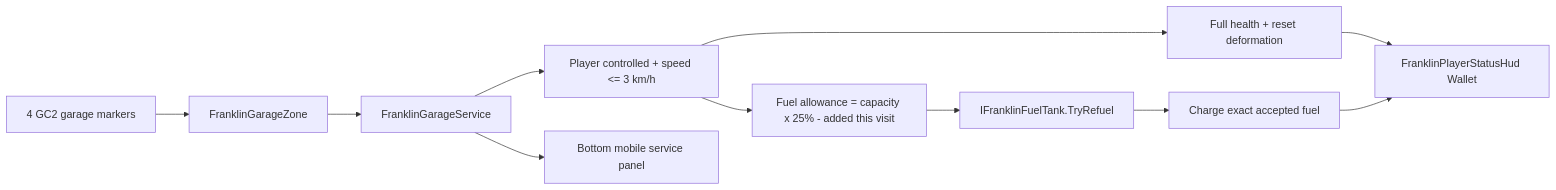
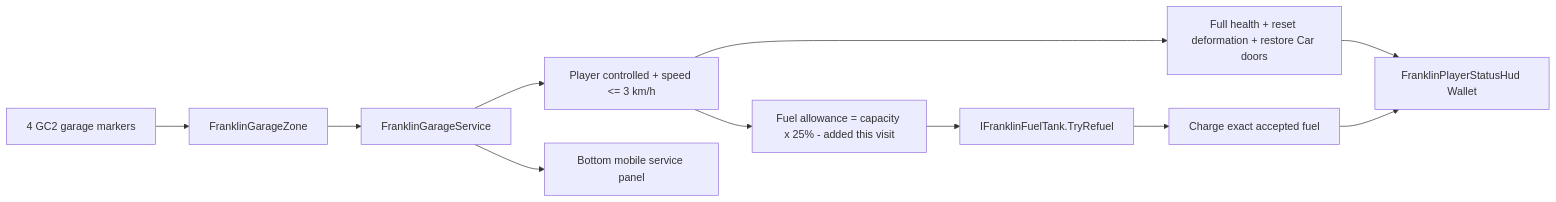
One commit to diepquocphong/AnonymousCrime changed the second of 5 diagrams in Assets/Ash Assets/Vehicle Integration/README.md. Above: the diagram before and after it, drawn with Mermaid. The commit also changed other lines of this file and 478 other files, not shown here.

````diff
--- a/Assets/Ash Assets/Vehicle Integration/README.md
+++ b/Assets/Ash Assets/Vehicle Integration/README.md
@@ -430,13 +509,13 @@
 ```mermaid
 flowchart LR
     Marker["4 GC2 garage markers"] --> Zone["FranklinGarageZone"]
     Zone --> Service["FranklinGarageService"]
     Service --> Guard["Player controlled + speed <= 3 km/h"]
-    Guard --> Repair["Full health + reset deformation"]
+    Guard --> Repair["Full health + reset deformation + restore Car doors"]
     Guard --> Allowance["Fuel allowance = capacity x 25% - added this visit"]
     Repair --> Wallet["FranklinPlayerStatusHud Wallet"]
     Allowance --> Tank["IFranklinFuelTank.TryRefuel"]
     Tank --> Exact["Charge exact accepted fuel"]
     Exact --> Wallet
     Service --> Mobile["Bottom mobile service panel"]
 ```
````
